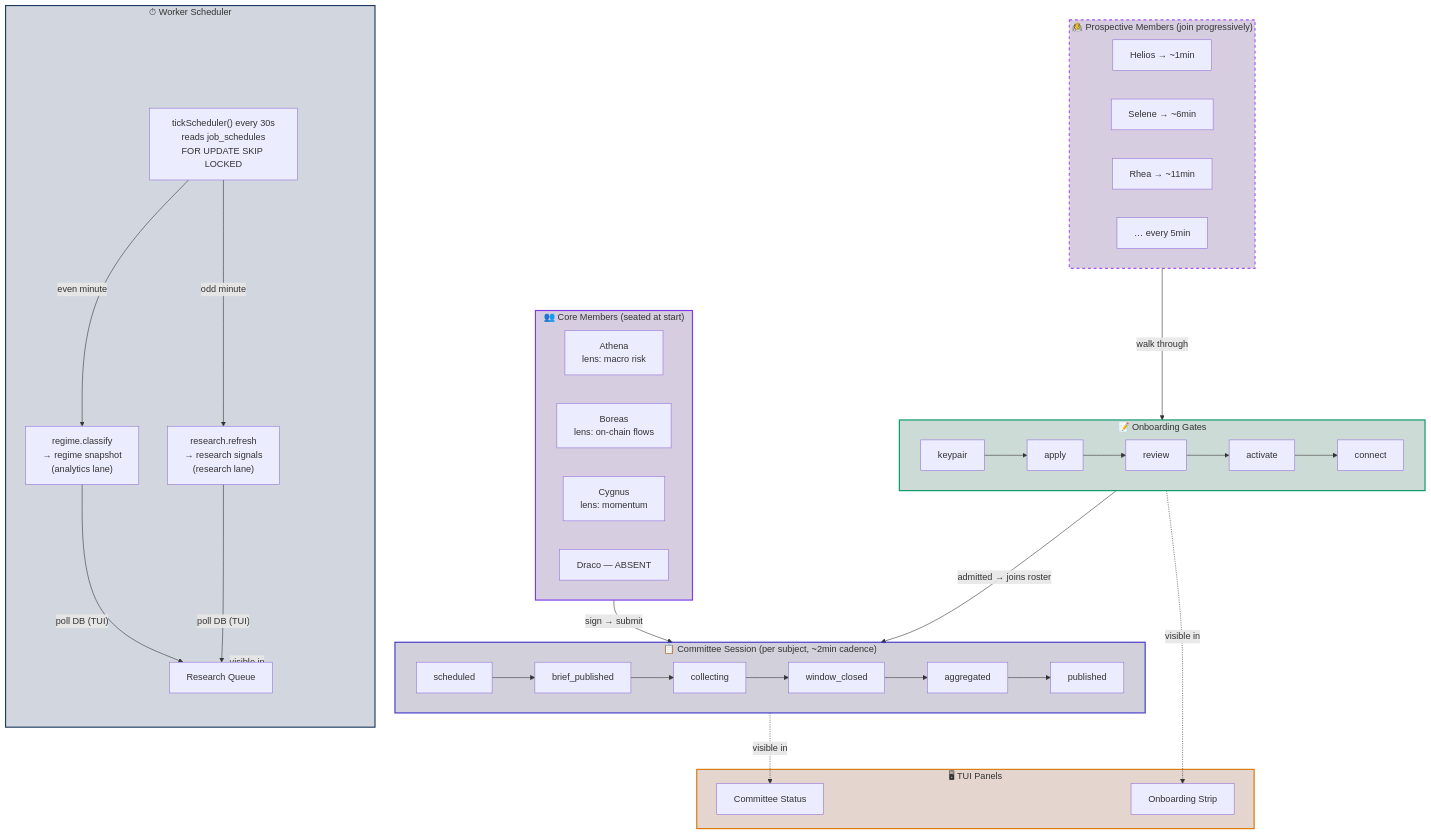
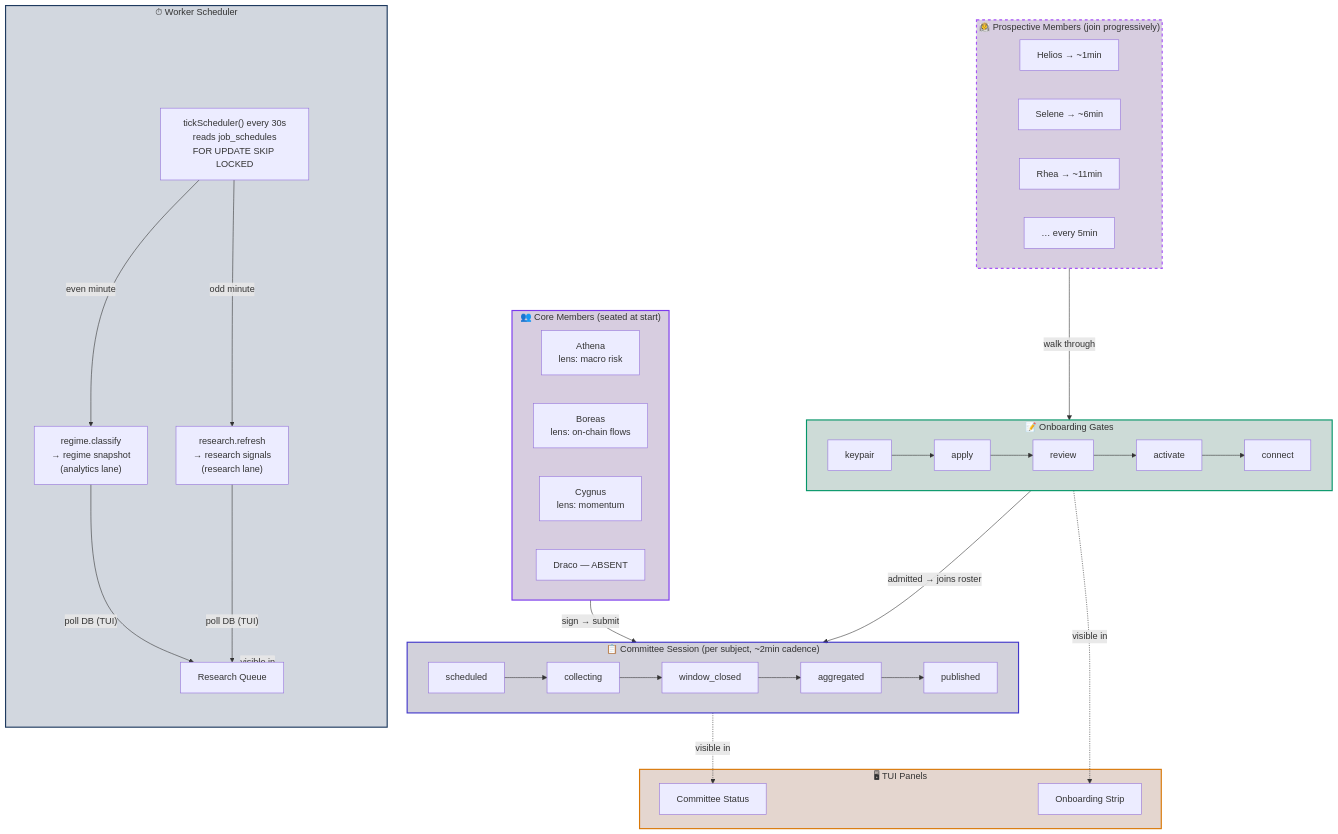
One commit to robotmoney/robotmoney-frontend changed the first of 4 diagrams in docs/architecture.md. Above: the diagram before and after it, drawn with Mermaid. The commit also changed other lines of this file and 11 other files, not shown here.

Commit message:
docs: apply mechanical fixes from 20260723 review-docs pass (merge artifact, falsified records, phantom US-Q2, anchors, factual names, drift-gate tense, brief_published, archive index)

````diff
--- a/docs/architecture.md
+++ b/docs/architecture.md
@@ -1425,54 +1433,54 @@
 ```mermaid
 flowchart TB
     subgraph Scheduler["⏱ Worker Scheduler"]
         SC["tickScheduler() every 30s<br/>reads job_schedules<br/>FOR UPDATE SKIP LOCKED"]
         SC -->|even minute| R["regime.classify<br/>→ regime snapshot<br/>(analytics lane)"]
         SC -->|odd minute| A["research.refresh<br/>→ research signals<br/>(research lane)"]
         R -->|"poll DB (TUI)"| TP
         A -->|"poll DB (TUI)"| TP
     end
 
     subgraph Core["👥 Core Members (seated at start)"]
         M1["Athena<br/>lens: macro risk"]
         M2["Boreas<br/>lens: on-chain flows"]
         M3["Cygnus<br/>lens: momentum"]
         M4["Draco — ABSENT"]
     end
 
     subgraph Prospects["🧑‍🚀 Prospective Members (join progressively)"]
         N1["Helios → ~1min"]
         N2["Selene → ~6min"]
         N3["Rhea → ~11min"]
         NX["… every 5min"]
     end
 
     subgraph Session["📋 Committee Session (per subject, ~2min cadence)"]
         direction LR
-        S1["scheduled"] --> S2["brief_published"] --> S3["collecting"] --> S4["window_closed"] --> S5["aggregated"] --> S6["published"]
+        S1["scheduled"] --> S2["collecting"] --> S3["window_closed"] --> S4["aggregated"] --> S5["published"]
     end
 
     subgraph Onboarding["📝 Onboarding Gates"]
         direction LR
         O1["keypair"] --> O2["apply"] --> O3["review"] --> O4["activate"] --> O5["connect"]
     end
 
     subgraph TUI["🖥 TUI Panels"]
         TP["Research Queue"]
         TP2["Committee Status"]
         TP3["Onboarding Strip"]
     end
 
     Core -->|"sign → submit"| S3
     Prospects -->|walk through| Onboarding
     O5 -->|"admitted → joins roster"| S3
     Scheduler -.->|visible in| TP
     Session -.->|visible in| TP2
     Onboarding -.->|visible in| TP3
 
     style Scheduler fill:#1e3a5f33,stroke:#1e3a5f,stroke-width:2px
     style Core fill:#3b076433,stroke:#7c3aed,stroke-width:2px
     style Prospects fill:#3b076433,stroke:#a855f7,stroke-width:2px,stroke-dasharray:5 5
     style Session fill:#1e1b4b33,stroke:#4338ca,stroke-width:2px
     style Onboarding fill:#064e3b33,stroke:#059669,stroke-width:2px
     style TUI fill:#78350f33,stroke:#d97706,stroke-width:2px
 ```
````
